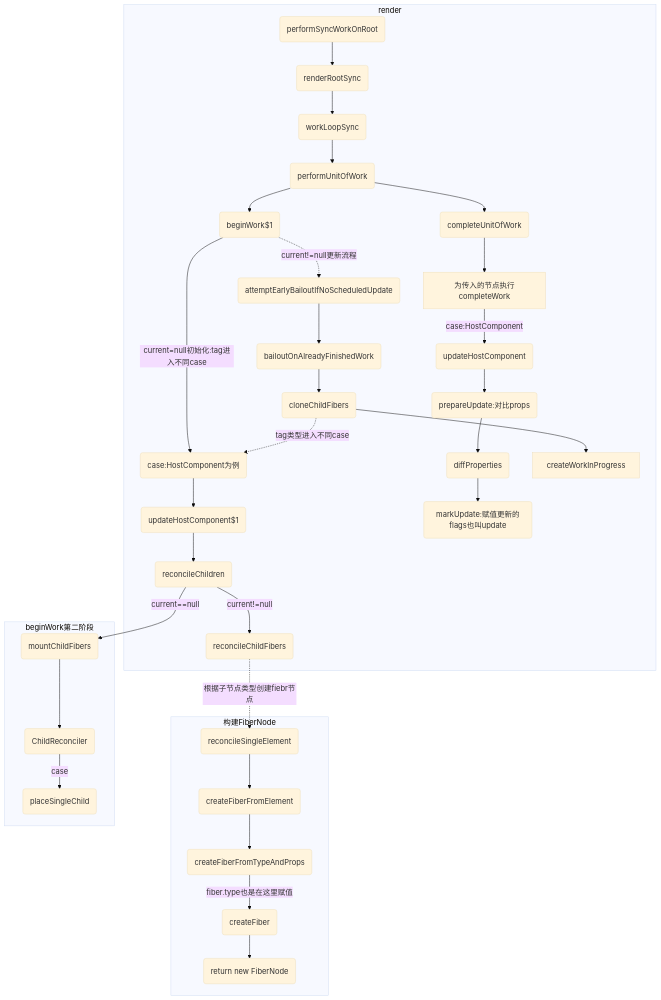
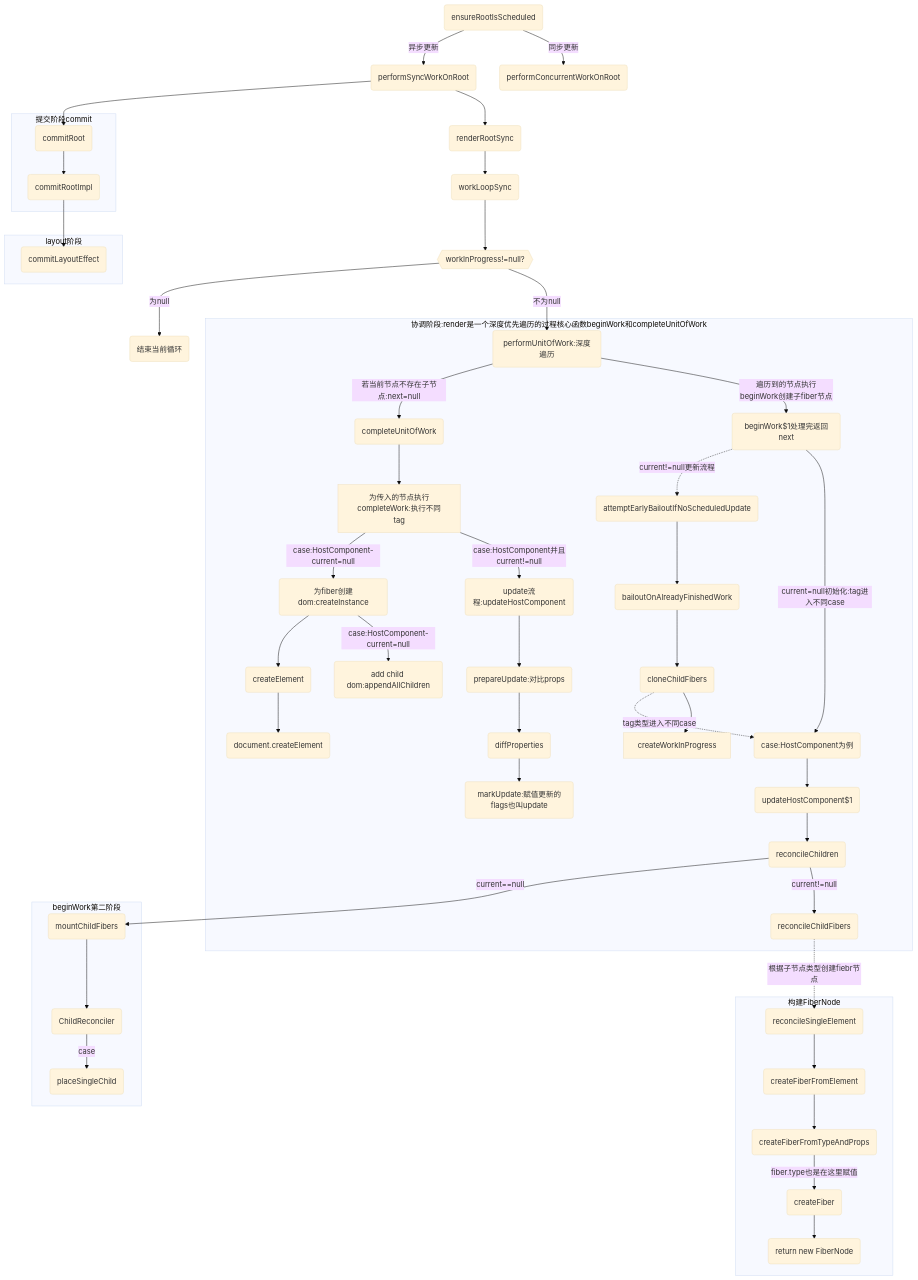
One commit to huiruo/code-record-manual changed the second of 3 diagrams in 08-webpack-AST-babel/04_Ast_babel和React源码/03_Fiber更新机制/05_1_fiber树的协调与渲染_render_beginWork.md. Above: the diagram before and after it, drawn with Mermaid (base theme). The commit also changed other lines of this file and 6 other files, not shown here.

````diff
--- a/08-webpack-AST-babel/04_Ast_babel和React源码/03_Fiber更新机制/05_1_fiber树的协调与渲染_render_beginWork.md
+++ b/08-webpack-AST-babel/04_Ast_babel和React源码/03_Fiber更新机制/05_1_fiber树的协调与渲染_render_beginWork.md
@@ -49,26 +68,53 @@
 ```mermaid
 flowchart TD
 %% flowchart LR
+  A0A(ensureRootIsScheduled)--同步更新-->A0A1(performConcurrentWorkOnRoot)
+  A0A--异步更新-->A0A2(performSyncWorkOnRoot)
 
-subgraph render1[render]
-  A1(performSyncWorkOnRoot)-->A2(renderRootSync)-->A3(workLoopSync) -->A4(performUnitOfWork)-->A5(beginWork$1)
+  A0A2(performSyncWorkOnRoot)-->A2
+  A0A2-->D1
+  A2(renderRootSync)-->A3(workLoopSync)-->A0Aif
+
+  A0Aif{{workInProgress!=null?}}--不为null-->A4
+  A0Aif--为null-->endW(结束当前循环)
+
+subgraph render1[协调阶段:render是一个深度优先遍历的过程核心函数beginWork和completeUnitOfWork]
+
+  A4(performUnitOfWork:深度遍历)
+
+  A4--遍历到的节点执行beginWork创建子fiber节点-->A5(beginWork$1处理完返回next)
+
+  A4--若当前节点不存在子节点:next=null-->A6B(completeUnitOfWork)
   
   A5--current=null初始化:tag进入不同case-->A6A(case:HostComponent为例)-->A6A1(updateHostComponent$1)-->A6A2(reconcileChildren)--current!=null-->A6A3(reconcileChildFibers)
 
   A5-.current!=null更新流程.->A51(attemptEarlyBailoutIfNoScheduledUpdate)-->A52(bailoutOnAlreadyFinishedWork)-->A53(cloneChildFibers)
 
-  A4-->A6B(completeUnitOfWork)
-  A6B-->A6B1[为传入的节点执行completeWork]--case:HostComponent-->A6B2(updateHostComponent)-->A6A1A(prepareUpdate:对比props)-->A6A1B(diffProperties)-->A6A1C(markUpdate:赋值更新的flags也叫update)
+  A6B-->A6B1[为传入的节点执行completeWork:执行不同tag]--case:HostComponent并且current!=null-->A6B2(update流程:updateHostComponent)-->A6A1A(prepareUpdate:对比props)-->A6A1B(diffProperties)-->A6A1C(markUpdate:赋值更新的flags也叫update)
+
+  A6B1--case:HostComponent-current=null-->A6B3(为fiber创建dom:createInstance)
+  A6B3--case:HostComponent-current=null-->A6B4(add child dom:appendAllChildren)
+  A6B3-->A6B3A(createElement)-->A6B3B(document.createElement)
 
   A53-->createWorkInProgress
   A53-.tag类型进入不同case.->A6A
 end
 
 subgraph render2[构建FiberNode]
   A6A3-.根据子节点类型创建fiebr节点.->B1(reconcileSingleElement) --> B2(createFiberFromElement) --> B3(createFiberFromTypeAndProps) --fiber.type也是在这里赋值--> B4(createFiber)--> B5(return new FiberNode)
 end
 
 subgraph beginWork2[beginWork第二阶段]
   A6A2--current==null-->C1(mountChildFibers)-->C2(ChildReconciler)--case-->C3(placeSingleChild)
 end
+
+%% 提交阶段commit:15_3_commit阶段.md
+subgraph commit[提交阶段commit]
+  D1(commitRoot)-->D2(commitRootImpl)
+end
+
+%% layout阶段:15_3_commit阶段.md
+subgraph layout[layout阶段]
+  D2-->E1(commitLayoutEffect)
+end
 ```
````
